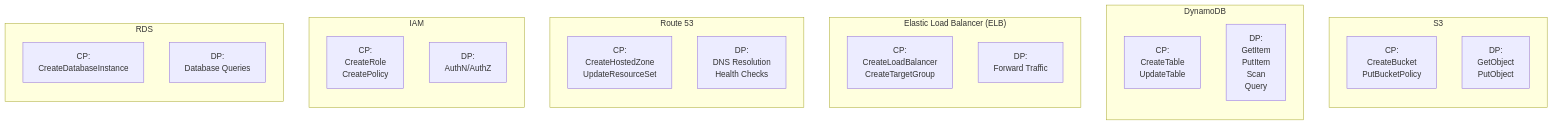
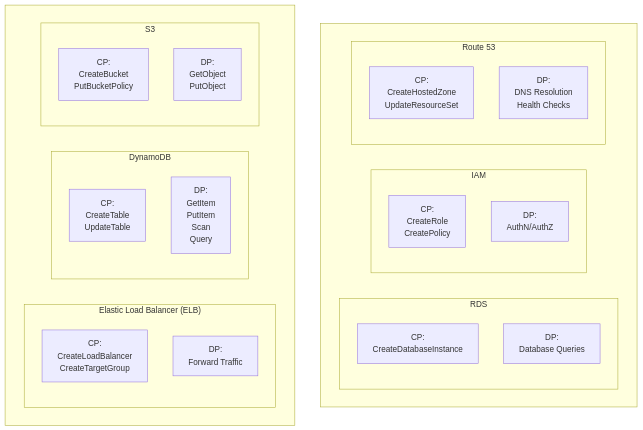
The third of 10 diagrams in fault-isolation-core-concepts.md (ahmadalkhaldi2013-star/Cloud-Resilience), drawn with Mermaid before and after one commit. The commit also changed other lines of this file, not shown here.

````diff
--- a/fault-isolation-core-concepts.md
+++ b/fault-isolation-core-concepts.md
@@ -44,38 +46,45 @@
 ```mermaid
 flowchart TB
-  subgraph S3["S3"]
-    direction TB
-    S3CP["CP:<br/>CreateBucket<br/>PutBucketPolicy"]
-    S3DP["DP:<br/>GetObject<br/>PutObject"]
+
+  subgraph Row1[ ]
+    direction LR
+    subgraph RDS["RDS"]
+      direction TB
+      RDSCP["CP:<br/>CreateDatabaseInstance"]
+      RDSDP["DP:<br/>Database Queries"]
+    end
+
+    subgraph IAM["IAM"]
+      direction TB
+      IAMCP["CP:<br/>CreateRole<br/>CreatePolicy"]
+      IAMDP["DP:<br/>AuthN/AuthZ"]
+    end
+
+    subgraph R53["Route 53"]
+      direction TB
+      R53CP["CP:<br/>CreateHostedZone<br/>UpdateResourceSet"]
+      R53DP["DP:<br/>DNS Resolution<br/>Health Checks"]
+    end
   end
 
-  subgraph DynamoDB["DynamoDB"]
-    direction TB
-    DDBCP["CP:<br/>CreateTable<br/>UpdateTable"]
-    DDBDP["DP:<br/>GetItem<br/>PutItem<br/>Scan<br/>Query"]
-  end
+  subgraph Row2[ ]
+    direction LR
+    subgraph ELB["Elastic Load Balancer (ELB)"]
+      direction TB
+      ELBCP["CP:<br/>CreateLoadBalancer<br/>CreateTargetGroup"]
+      ELBDP["DP:<br/>Forward Traffic"]
+    end
 
-  subgraph ELB["Elastic Load Balancer (ELB)"]
-    direction TB
-    ELBCP["CP:<br/>CreateLoadBalancer<br/>CreateTargetGroup"]
-    ELBDP["DP:<br/>Forward Traffic"]
-  end
+    subgraph DDB["DynamoDB"]
+      direction TB
+      DDBCP["CP:<br/>CreateTable<br/>UpdateTable"]
+      DDBDP["DP:<br/>GetItem<br/>PutItem<br/>Scan<br/>Query"]
+    end
 
-  subgraph Route53["Route 53"]
-    direction TB
-    R53CP["CP:<br/>CreateHostedZone<br/>UpdateResourceSet"]
-    R53DP["DP:<br/>DNS Resolution<br/>Health Checks"]
-  end
-
-  subgraph IAM["IAM"]
-    direction TB
-    IAMCP["CP:<br/>CreateRole<br/>CreatePolicy"]
-    IAMDP["DP:<br/>AuthN/AuthZ"]
-  end
-
-  subgraph RDS["RDS"]
-    direction TB
-    RDSCP["CP:<br/>CreateDatabaseInstance"]
-    RDSDP["DP:<br/>Database Queries"]
+    subgraph S3["S3"]
+      direction TB
+      S3CP["CP:<br/>CreateBucket<br/>PutBucketPolicy"]
+      S3DP["DP:<br/>GetObject<br/>PutObject"]
+    end
   end
 ```
````
